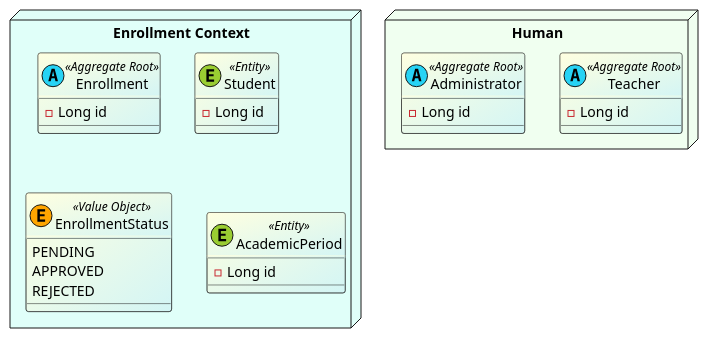
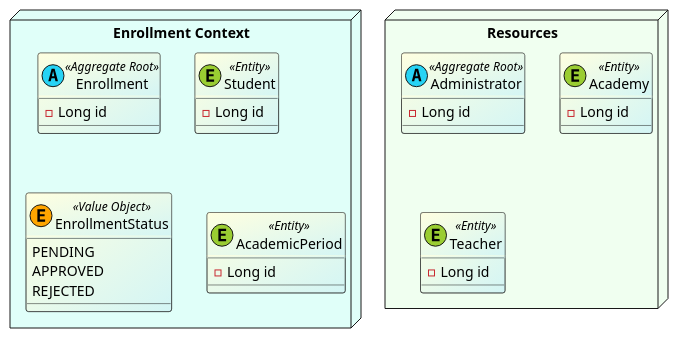
The diagram in docs/domain-diagram.puml (demy-project/api), drawn with PlantUML before and after one commit.

Commit message:
docs: update domain diagram to include Administrator and Academy classes

```diff
--- a/docs/domain-diagram.puml
+++ b/docs/domain-diagram.puml
@@ -1,35 +1,37 @@
 @startuml Demy Domain Diagram
 
 skinparam class {
     BackgroundColor LightYellow/D3F5F5
     ArrowColor SeaGreen
 }
 
 package "Enrollment Context" <<Node>> #E0FFF9 {
     class Enrollment <<(A, #27D3F5) Aggregate Root>> {
         - Long id
     }
     class Student <<(E, #9ACD32) Entity>> {
         - Long id
     }
     enum EnrollmentStatus <<(E, #FFA500) Value Object>> {
         PENDING
         APPROVED
         REJECTED
     }
     class AcademicPeriod <<(E, #9ACD32) Entity>> {
         - Long id
     }
 }
 
-package "Human" <<Node>> #F0FFF0 {
-
-    class Teacher <<(A, #27D3F5) Aggregate Root>> {
+package "Resources" <<Node>> #F0FFF0 {
+    class Administrator <<(A, #27D3F5) Aggregate Root>> {
         - Long id
     }
-    class Administrator <<(A, #27D3F5) Aggregate Root>> {
+    class Academy <<(E, #9ACD32) Entity>> {
+        - Long id
+    }
+    class Teacher <<(E, #9ACD32) Entity>> {
         - Long id
     }
 }
 
 @enduml
```
